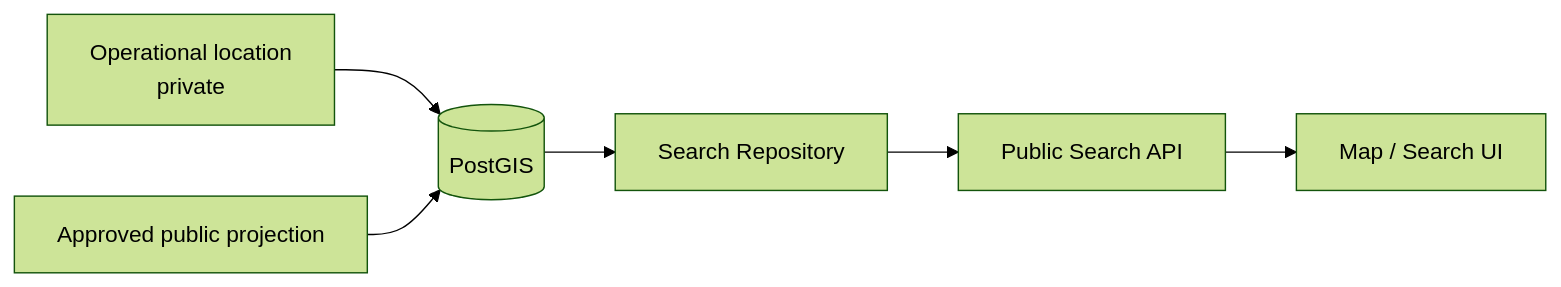
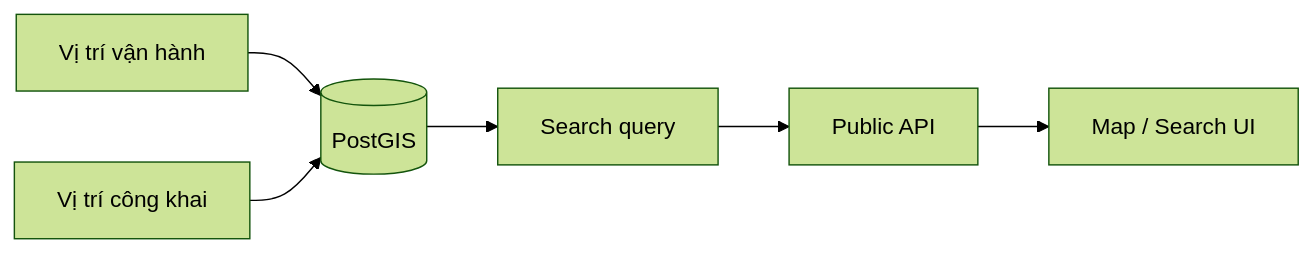
One commit to Danh20100/moibile_app changed the fourth of 4 diagrams in docs/contexts/integration-contracts.md. Above: the diagram before and after it, drawn with Mermaid (forest theme). The commit also changed other lines of this file and 9 other files, not shown here.

````diff
--- a/docs/contexts/integration-contracts.md
+++ b/docs/contexts/integration-contracts.md
@@ -99,8 +98,8 @@
 ```mermaid
 flowchart LR
-    OP[Operational location<br/>private] --> DB[(PostGIS)]
-    PUB[Approved public projection] --> DB
-    DB --> BE[Search Repository]
-    BE --> API[Public Search API]
-    API --> FE[Map / Search UI]
+    PRIVATE["Vị trí vận hành"] --> DB[("PostGIS")]
+    PUBLIC["Vị trí công khai"] --> DB
+    DB --> SEARCH["Search query"]
+    SEARCH --> API["Public API"]
+    API --> FE["Map / Search UI"]
 ```
````
